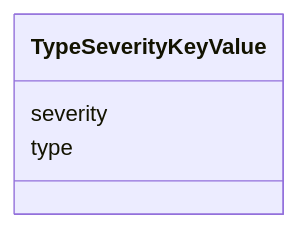
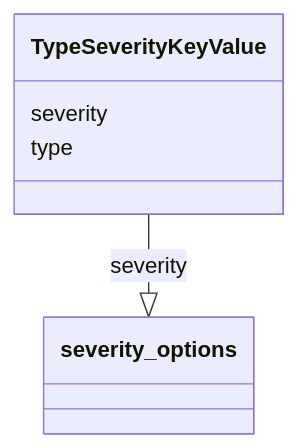
The diagram in validation/TypeSeverityKeyValue.md (cthoyt/ontology-access-kit), drawn with Mermaid before and after one commit. The commit also changed other lines of this file and 3287 other files, not shown here.

````diff
--- a/validation/TypeSeverityKeyValue.md
+++ b/validation/TypeSeverityKeyValue.md
@@ -11,7 +14,11 @@
 ```{mermaid}
  classDiagram
     class TypeSeverityKeyValue
       TypeSeverityKeyValue : severity
+        
+          TypeSeverityKeyValue --|> severity_options : severity
+        
       TypeSeverityKeyValue : type
+        
       
 ```
````
